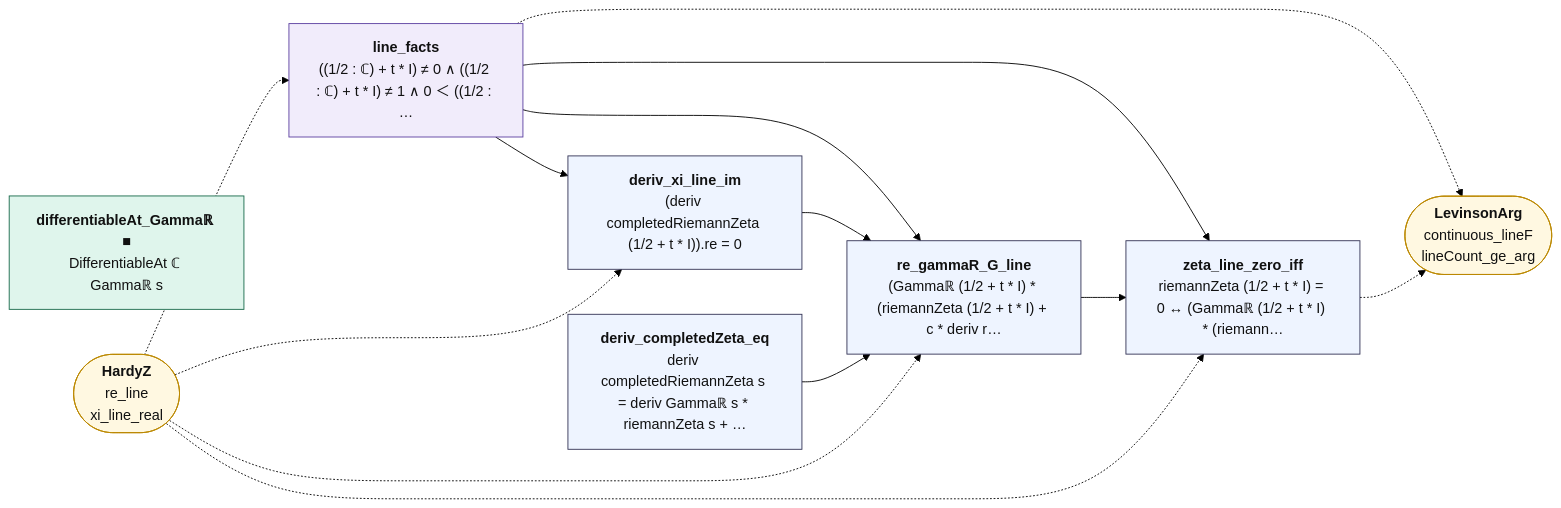
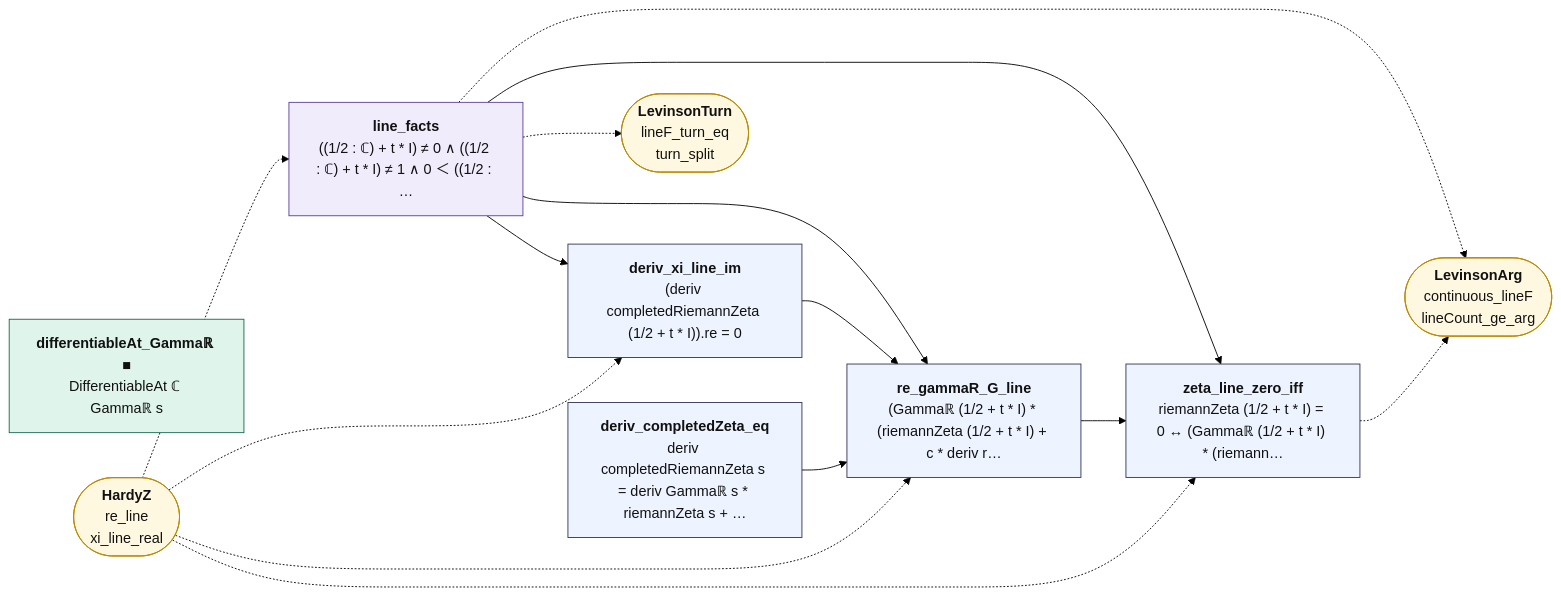
The diagram in map/lean_stage3/LevinsonLine.mmd (juliansambranojr/Primebeat_081426), drawn with Mermaid (forest theme) before and after one commit. The commit also changed 14 other files, not shown here.

```diff
--- a/map/lean_stage3/LevinsonLine.mmd
+++ b/map/lean_stage3/LevinsonLine.mmd
@@ -1,29 +1,31 @@
 flowchart LR
   n0["<b>line_facts</b><br/>((1/2 : ℂ) + t * I) ≠ 0 ∧ ((1/2 : ℂ) + t * I) ≠ 1 ∧ 0 ＜ ((1/2 : …"]:::shp
   n1["<b>deriv_xi_line_im</b><br/>(deriv completedRiemannZeta (1/2 + t * I)).re = 0"]:::thm
   n2["<b>differentiableAt_Gammaℝ ■</b><br/>DifferentiableAt ℂ Gammaℝ s"]:::cnt
   n3["<b>deriv_completedZeta_eq</b><br/>deriv completedRiemannZeta s = deriv Gammaℝ s * riemannZeta s + …"]:::thm
   n4["<b>re_gammaR_G_line</b><br/>(Gammaℝ (1/2 + t * I) * (riemannZeta (1/2 + t * I) + c * deriv r…"]:::thm
   n5["<b>zeta_line_zero_iff</b><br/>riemannZeta (1/2 + t * I) = 0 ↔ (Gammaℝ (1/2 + t * I) * (riemann…"]:::thm
   x0(["<b>HardyZ</b><br/>re_line<br/>xi_line_real"]):::ext
   x1(["<b>LevinsonArg</b><br/>continuous_lineF<br/>lineCount_ge_arg"]):::ext
+  x2(["<b>LevinsonTurn</b><br/>lineF_turn_eq<br/>turn_split"]):::ext
   n0 --> n1
   n0 --> n4
   n0 --> n5
   n1 --> n4
   n3 --> n4
   n4 --> n5
   n0 -.-> x1
+  n0 -.-> x2
   n5 -.-> x1
   x0 -.-> n0
   x0 -.-> n1
   x0 -.-> n4
   x0 -.-> n5
   classDef cnt fill:#dff5ec,stroke:#17694a,color:#111
   classDef shp fill:#f1ecfb,stroke:#5b3fa0,color:#111
   classDef rh fill:#ffe5e5,stroke:#c22,color:#111,stroke-width:2px
   classDef thm fill:#eef4ff,stroke:#335,color:#111
   classDef end_ fill:#e7f7e7,stroke:#2a7,color:#111,stroke-width:2px
   classDef lone fill:#fff,stroke:#999,color:#111,stroke-dasharray:4 3
   classDef bad fill:#ffe5e5,stroke:#c22,color:#111,stroke-width:2px
   classDef ext fill:#fff8e1,stroke:#b80,color:#111
```
